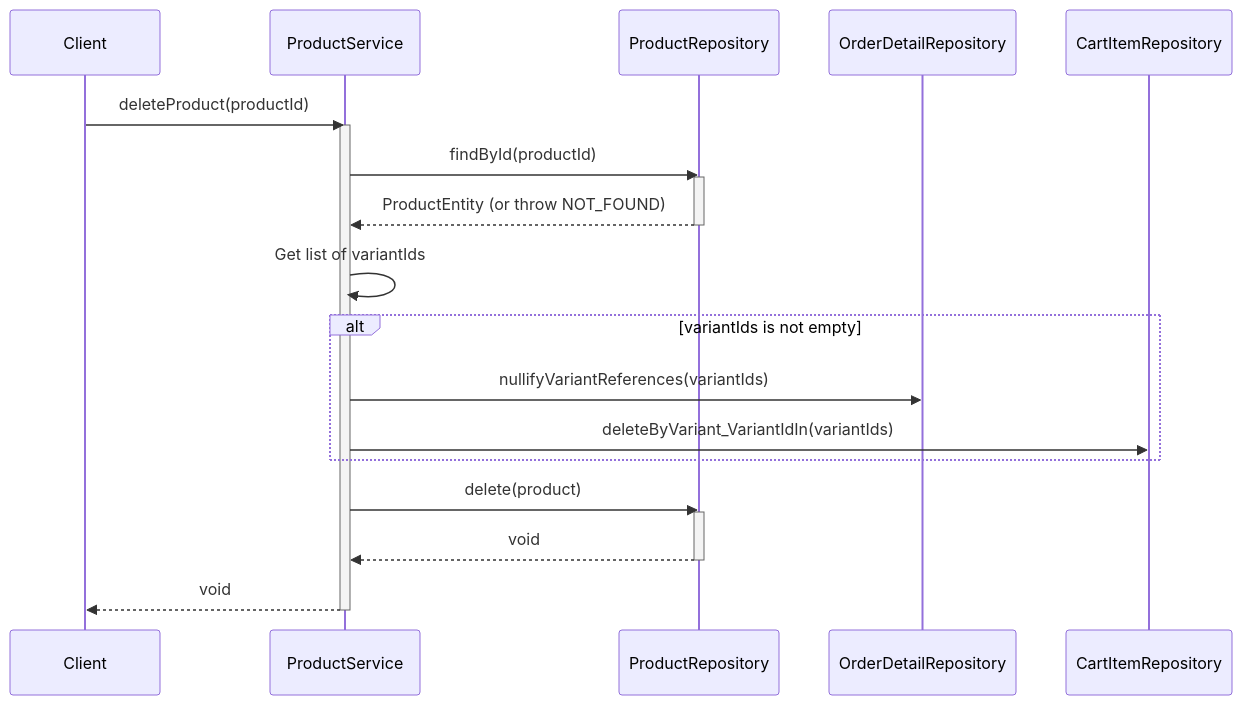
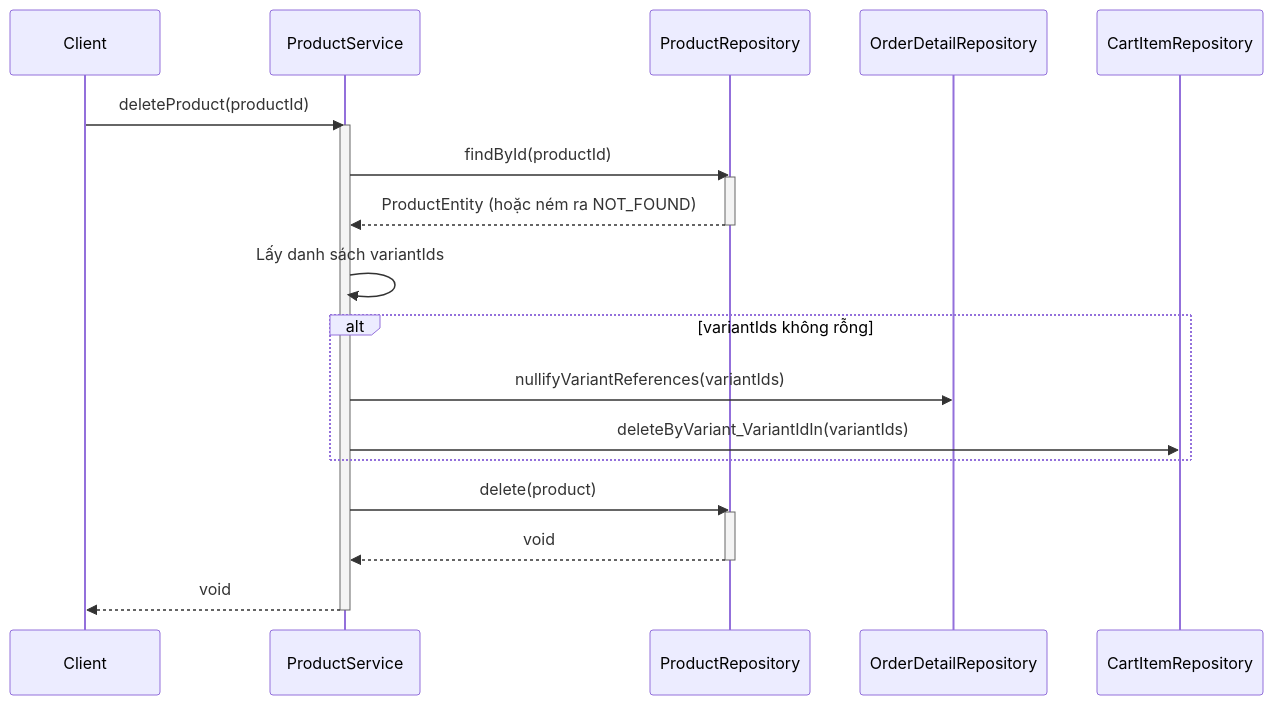
The fourth of 4 diagrams in .agent/sequence/product_service_sequence_diagrams.md (aquoc09/easymall), drawn with Mermaid before and after one commit. The commit also changed other lines of this file and 18 other files, not shown here.

Commit message:
UPDATE: Sequence diagram vietnamese

````diff
--- a/.agent/sequence/product_service_sequence_diagrams.md
+++ b/.agent/sequence/product_service_sequence_diagrams.md
@@ -149,31 +149,31 @@
 ```mermaid
 sequenceDiagram
     participant Client
     participant ProductService
     participant ProductRepository
     participant OrderDetailRepository
     participant CartItemRepository
 
     Client->>ProductService: deleteProduct(productId)
     activate ProductService
 
     ProductService->>ProductRepository: findById(productId)
     activate ProductRepository
-    ProductRepository-->>ProductService: ProductEntity (or throw NOT_FOUND)
+    ProductRepository-->>ProductService: ProductEntity (hoặc ném ra NOT_FOUND)
     deactivate ProductRepository
 
-    ProductService->>ProductService: Get list of variantIds
+    ProductService->>ProductService: Lấy danh sách variantIds
     
-    alt variantIds is not empty
+    alt variantIds không rỗng
         ProductService->>OrderDetailRepository: nullifyVariantReferences(variantIds)
         ProductService->>CartItemRepository: deleteByVariant_VariantIdIn(variantIds)
     end
 
     ProductService->>ProductRepository: delete(product)
     activate ProductRepository
     ProductRepository-->>ProductService: void
     deactivate ProductRepository
 
     ProductService-->>Client: void
     deactivate ProductService
 ```
````
